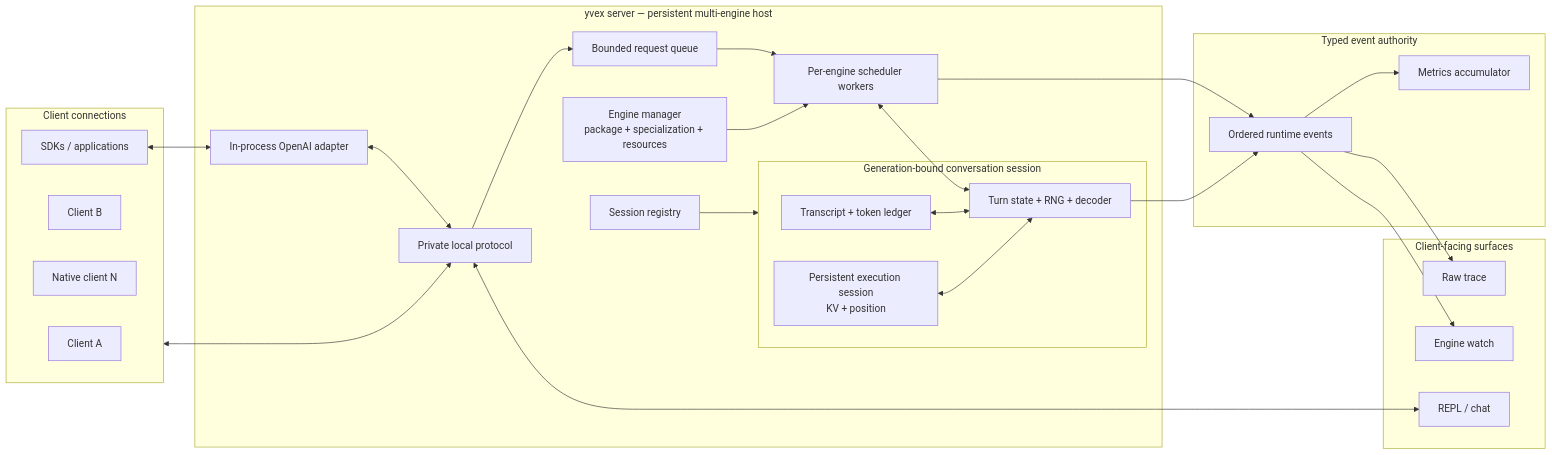
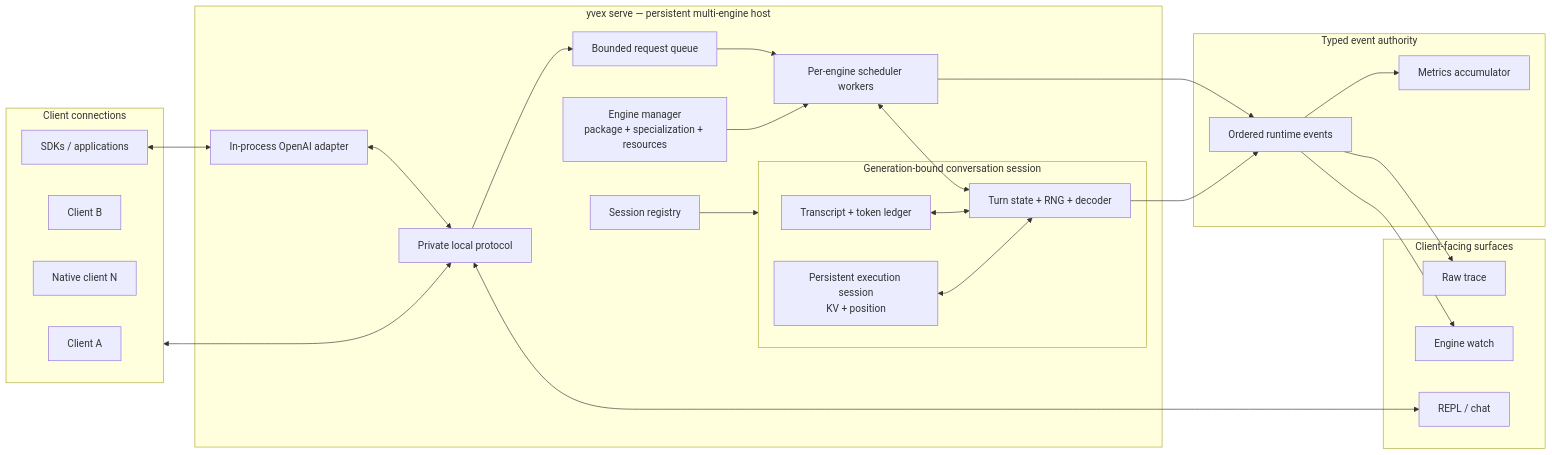
Before and after one commit to yailabs/clori: the diagram in docs/diagrams/runtime_host_sessions.mmd, drawn with Mermaid. The commit also changed 74 other files, not shown here.

```diff
--- a/docs/diagrams/runtime_host_sessions.mmd
+++ b/docs/diagrams/runtime_host_sessions.mmd
@@ -1,50 +1,50 @@
 flowchart LR
     subgraph clients[Client connections]
         client_a[Client A]
         client_b[Client B]
         native_n[Native client N]
         apps[SDKs / applications]
     end
 
-    subgraph host[yvex server — persistent multi-engine host]
+    subgraph host[yvex serve — persistent multi-engine host]
         protocol[Private local protocol]
         openai[In-process OpenAI adapter]
         resources[Engine manager<br/>package + specialization + resources]
         queue[Bounded request queue]
         worker[Per-engine scheduler workers]
         registry[Session registry]
 
         subgraph session[Generation-bound conversation session]
             transcript[Transcript + token ledger]
             execution[Persistent execution session<br/>KV + position]
             turn[Turn state + RNG + decoder]
         end
 
         protocol --> queue --> worker
         openai <--> protocol
         resources --> worker
         registry --> session
         worker <--> turn
         transcript <--> turn
         execution <--> turn
     end
 
     subgraph telemetry[Typed event authority]
         events[Ordered runtime events]
         metrics[Metrics accumulator]
         events --> metrics
     end
 
     subgraph surfaces[Client-facing surfaces]
         raw[Raw trace]
         watch[Engine watch]
         chat[REPL / chat]
     end
 
     clients <--> protocol
     apps <--> openai
     worker --> events
     turn --> events
     events --> raw
     events --> watch
     protocol <--> chat
```
